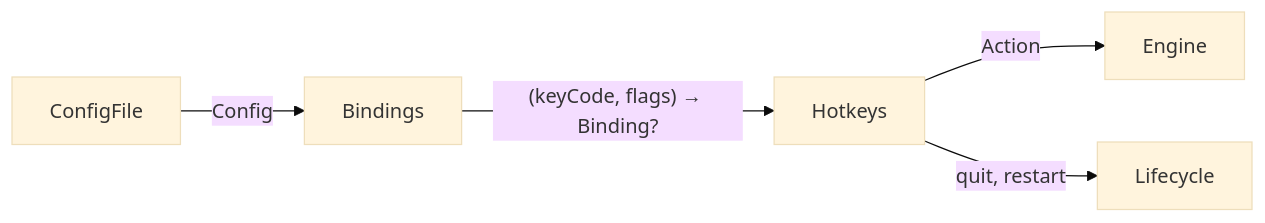
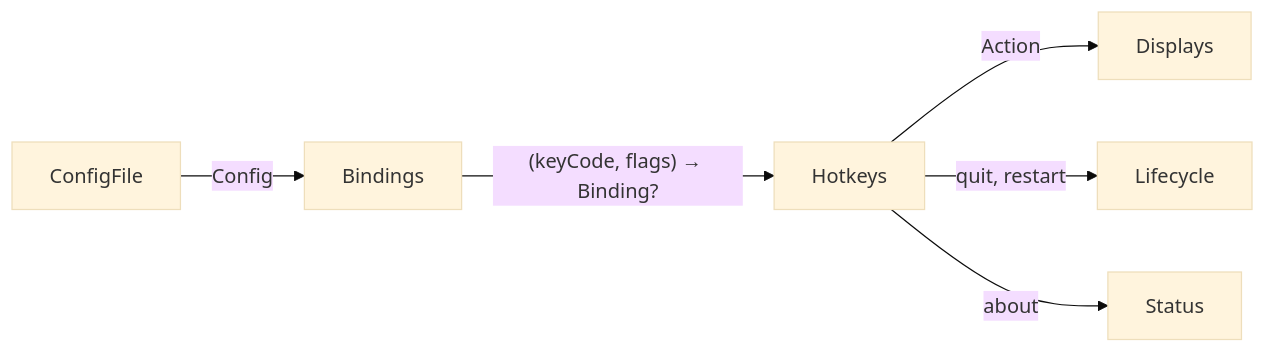
One commit to brennovich/ottowm changed the fourth of 25 diagrams in ARCHITECTURE.md. Above: the diagram before and after it, drawn with Mermaid (base theme). The commit also changed other lines of this file and 71 other files, not shown here.

````diff
--- a/ARCHITECTURE.md
+++ b/ARCHITECTURE.md
@@ -85,7 +87,8 @@
 ```mermaid
 flowchart LR
     ConfigFile -->|Config| Bindings
     Bindings -->|"(keyCode, flags) → Binding?"| Hotkeys
-    Hotkeys -->|Action| Engine
+    Hotkeys -->|Action| Displays
     Hotkeys -->|quit, restart| Lifecycle
+    Hotkeys -->|about| Status
 ```
````
